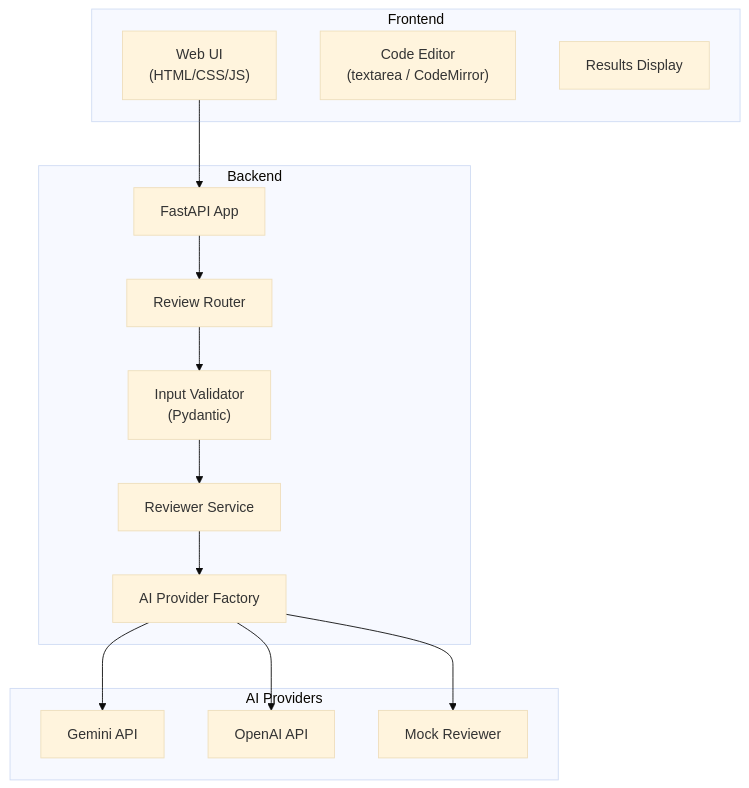
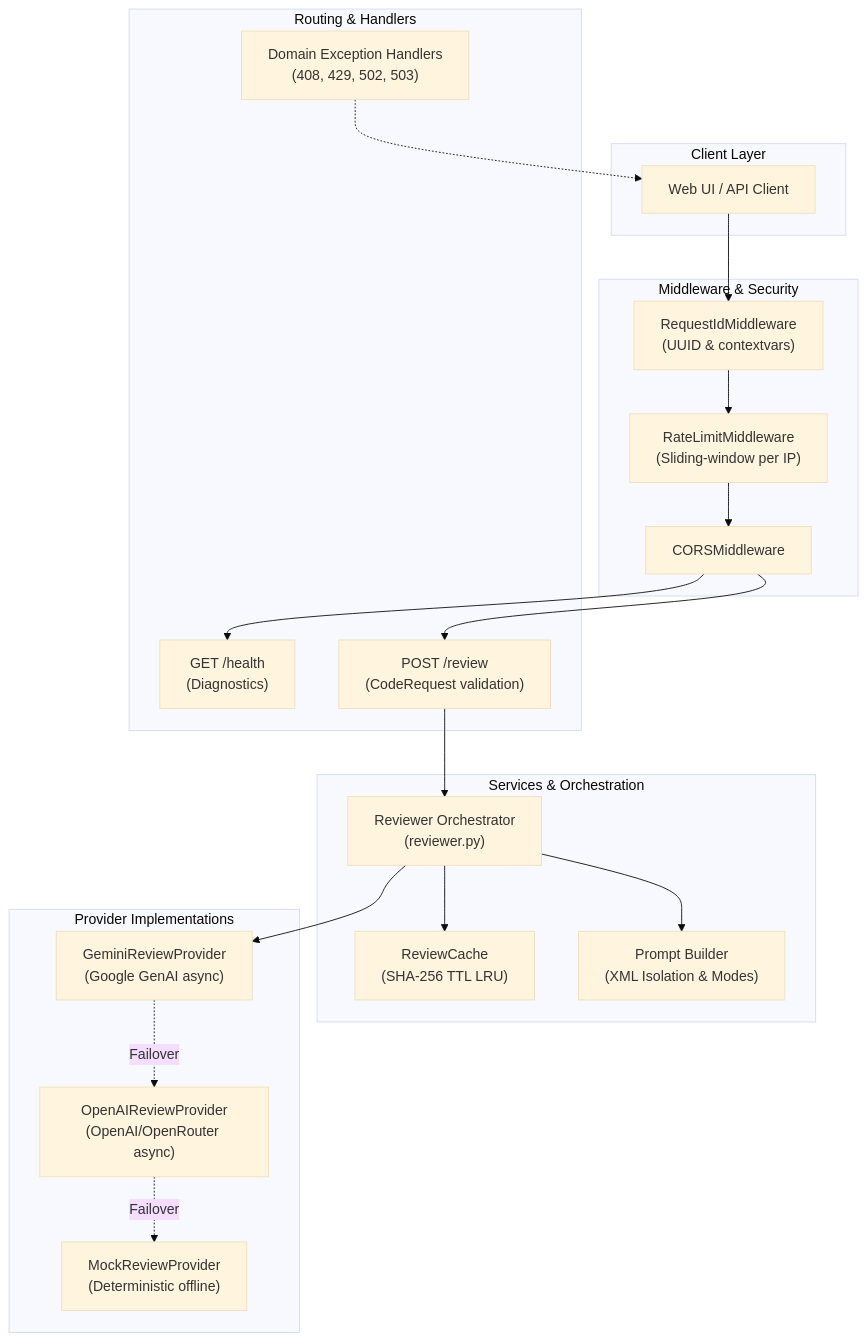
One commit to chandan942/ai-review-system changed the first of 2 diagrams in docs/ARCHITECTURE.md. Above: the diagram before and after it, drawn with Mermaid (base theme). The commit also changed other lines of this file, not shown here.

Commit message:
docs: update ARCHITECTURE.md with v1.0.0 async design, caching, rate limiting, and fallback sequence

````diff
--- a/docs/ARCHITECTURE.md
+++ b/docs/ARCHITECTURE.md
@@ -60,31 +52,43 @@
 ```mermaid
 graph TB
-    subgraph Frontend
-        UI["Web UI<br/>(HTML/CSS/JS)"]
-        Editor["Code Editor<br/>(textarea / CodeMirror)"]
-        Results["Results Display"]
+    subgraph ClientLayer["Client Layer"]
+        Client["Web UI / API Client"]
     end
 
-    subgraph Backend
-        API["FastAPI App"]
-        Router["Review Router"]
-        Validator["Input Validator<br/>(Pydantic)"]
-        Service["Reviewer Service"]
-        ProviderFactory["AI Provider Factory"]
+    subgraph MiddlewareLayer["Middleware & Security"]
+        ReqId["RequestIdMiddleware<br/>(UUID & contextvars)"]
+        RateLimit["RateLimitMiddleware<br/>(Sliding-window per IP)"]
+        CORS["CORSMiddleware"]
     end
 
-    subgraph AI_Providers["AI Providers"]
-        Gemini["Gemini API"]
-        OpenAI["OpenAI API"]
-        Mock["Mock Reviewer"]
+    subgraph AppRouting["Routing & Handlers"]
+        HealthRoute["GET /health<br/>(Diagnostics)"]
+        ReviewRoute["POST /review<br/>(CodeRequest validation)"]
+        Exceptions["Domain Exception Handlers<br/>(408, 429, 502, 503)"]
     end
 
-    UI --> API
-    API --> Router
-    Router --> Validator
-    Validator --> Service
-    Service --> ProviderFactory
-    ProviderFactory --> Gemini
-    ProviderFactory --> OpenAI
-    ProviderFactory --> Mock
+    subgraph CoreServices["Services & Orchestration"]
+        Reviewer["Reviewer Orchestrator<br/>(reviewer.py)"]
+        Cache["ReviewCache<br/>(SHA-256 TTL LRU)"]
+        PromptGen["Prompt Builder<br/>(XML Isolation & Modes)"]
+    end
+
+    subgraph Providers["Provider Implementations"]
+        Gemini["GeminiReviewProvider<br/>(Google GenAI async)"]
+        OpenAI["OpenAIReviewProvider<br/>(OpenAI/OpenRouter async)"]
+        Mock["MockReviewProvider<br/>(Deterministic offline)"]
+    end
+
+    Client --> ReqId
+    ReqId --> RateLimit
+    RateLimit --> CORS
+    CORS --> HealthRoute
+    CORS --> ReviewRoute
+    ReviewRoute --> Reviewer
+    Reviewer --> Cache
+    Reviewer --> PromptGen
+    Reviewer --> Gemini
+    Gemini -.->|Failover| OpenAI
+    OpenAI -.->|Failover| Mock
+    Exceptions -.-> Client
 ```
````
